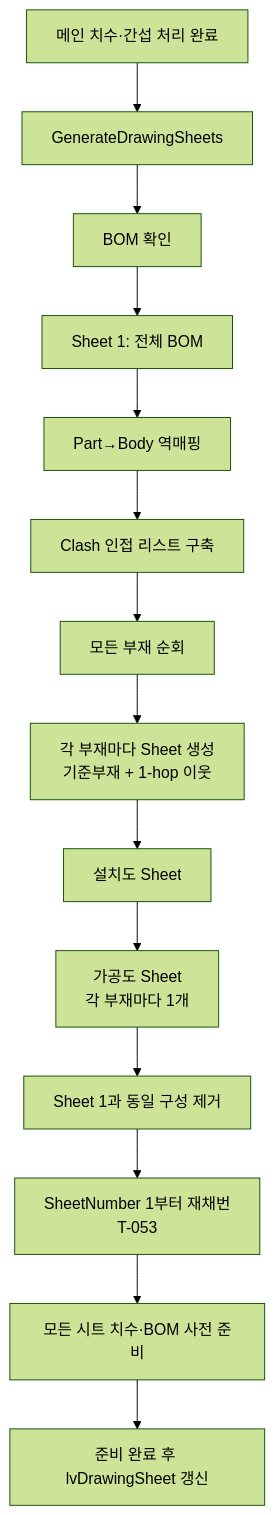
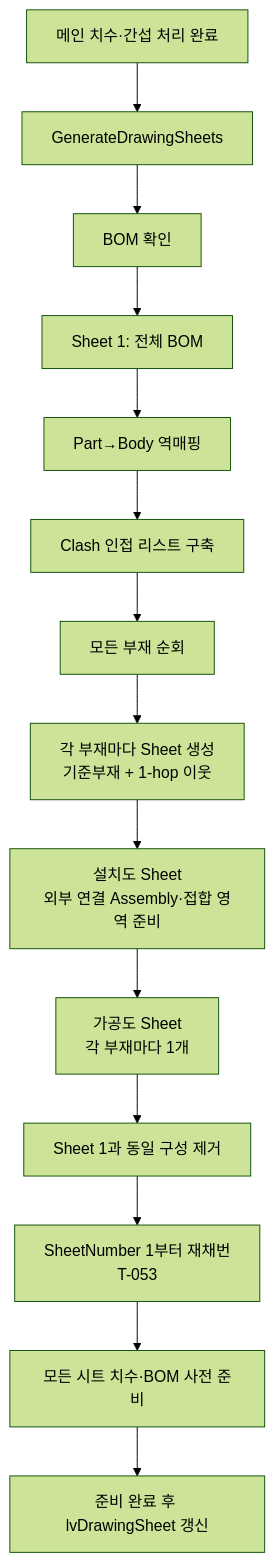
One commit to uuuuj/a2z changed the diagram in docs/기능/도면시트/시트 자동 생성.md. Above: the diagram before and after it, drawn with Mermaid (forest theme). The commit also changed other lines of this file and 6 other files, not shown here.

````diff
--- a/docs/기능/도면시트/시트 자동 생성.md
+++ b/docs/기능/도면시트/시트 자동 생성.md
@@ -29,16 +29,16 @@
 ```mermaid
 flowchart TD
     A[메인 치수·간섭 처리 완료] --> B[GenerateDrawingSheets]
     B --> C[BOM 확인]
     C --> D[Sheet 1: 전체 BOM]
     D --> E[Part→Body 역매핑]
     E --> F[Clash 인접 리스트 구축]
     F --> G[모든 부재 순회]
     G --> H[각 부재마다 Sheet 생성<br/>기준부재 + 1-hop 이웃]
-    H --> I[설치도 Sheet]
+    H --> I[설치도 Sheet<br/>외부 연결 Assembly·접합 영역 준비]
     I --> J[가공도 Sheet<br/>각 부재마다 1개]
     J --> K[Sheet 1과 동일 구성 제거]
     K --> K2[SheetNumber 1부터 재채번<br/>T-053]
     K2 --> K3[모든 시트 치수·BOM 사전 준비]
     K3 --> L[준비 완료 후 lvDrawingSheet 갱신]
 ```
````
